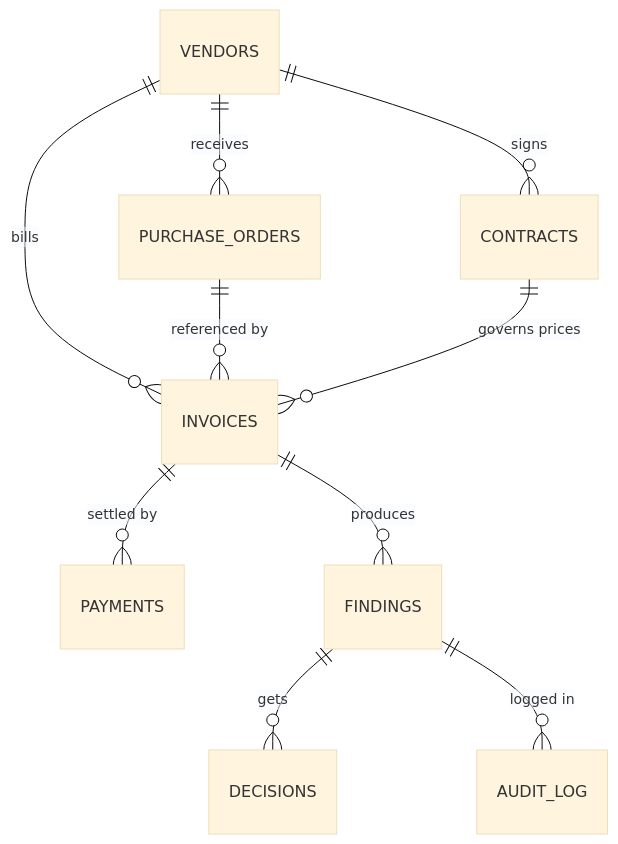
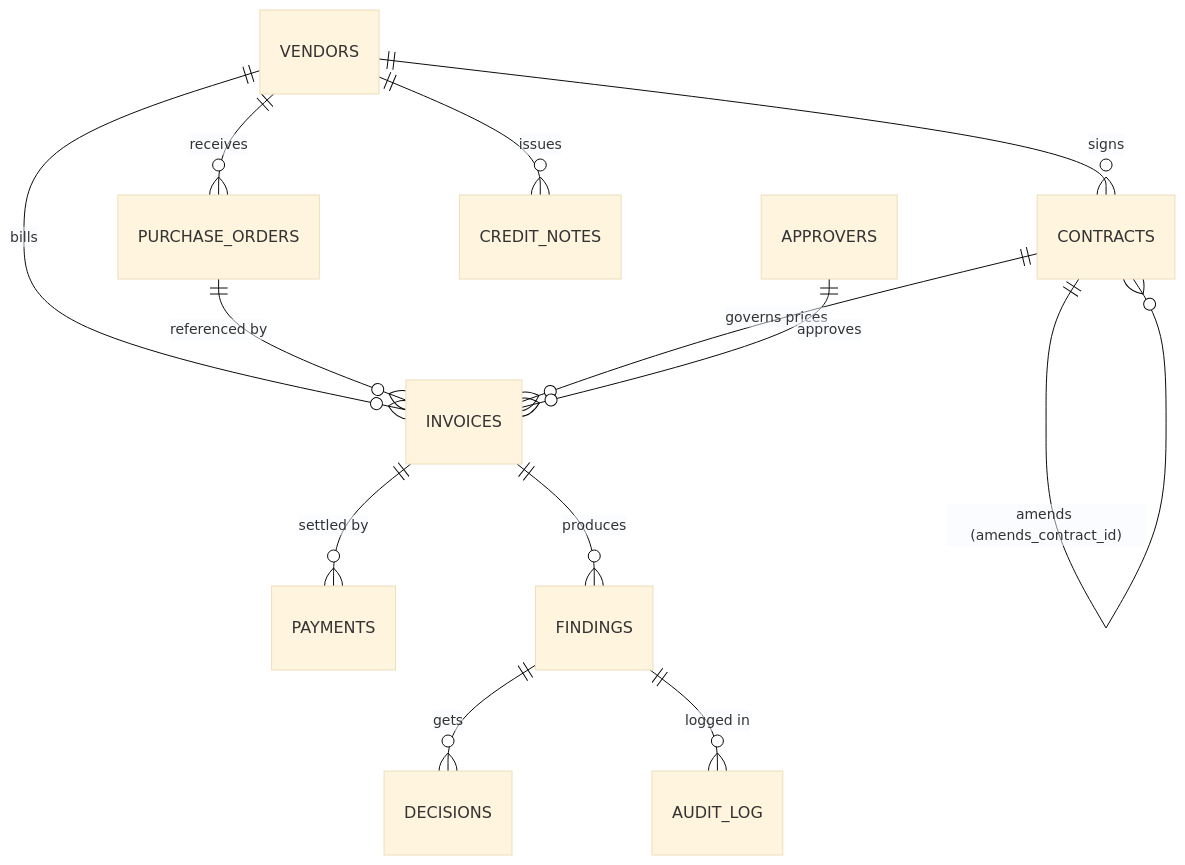
One commit to naughtynova69/LedgerLens-project changed the diagram in docs/03_DATA_MODEL.md. Above: the diagram before and after it, drawn with Mermaid (base theme). The commit also changed other lines of this file and 7 other files, not shown here.

First line of the commit message:
docs(graph): LadybugDB architecture, R6-R8 specs, API spec & native-lib setup (Stage 6)

````diff
--- a/docs/03_DATA_MODEL.md
+++ b/docs/03_DATA_MODEL.md
@@ -7,12 +7,15 @@
 ```mermaid
 erDiagram
     VENDORS ||--o{ CONTRACTS : "signs"
     VENDORS ||--o{ PURCHASE_ORDERS : "receives"
     VENDORS ||--o{ INVOICES : "bills"
     PURCHASE_ORDERS ||--o{ INVOICES : "referenced by"
     CONTRACTS ||--o{ INVOICES : "governs prices"
     INVOICES ||--o{ PAYMENTS : "settled by"
     INVOICES ||--o{ FINDINGS : "produces"
     FINDINGS ||--o{ DECISIONS : "gets"
     FINDINGS ||--o{ AUDIT_LOG : "logged in"
+    VENDORS ||--o{ CREDIT_NOTES : "issues"
+    APPROVERS ||--o{ INVOICES : "approves"
+    CONTRACTS ||--o{ CONTRACTS : "amends (amends_contract_id)"
 ```
````
